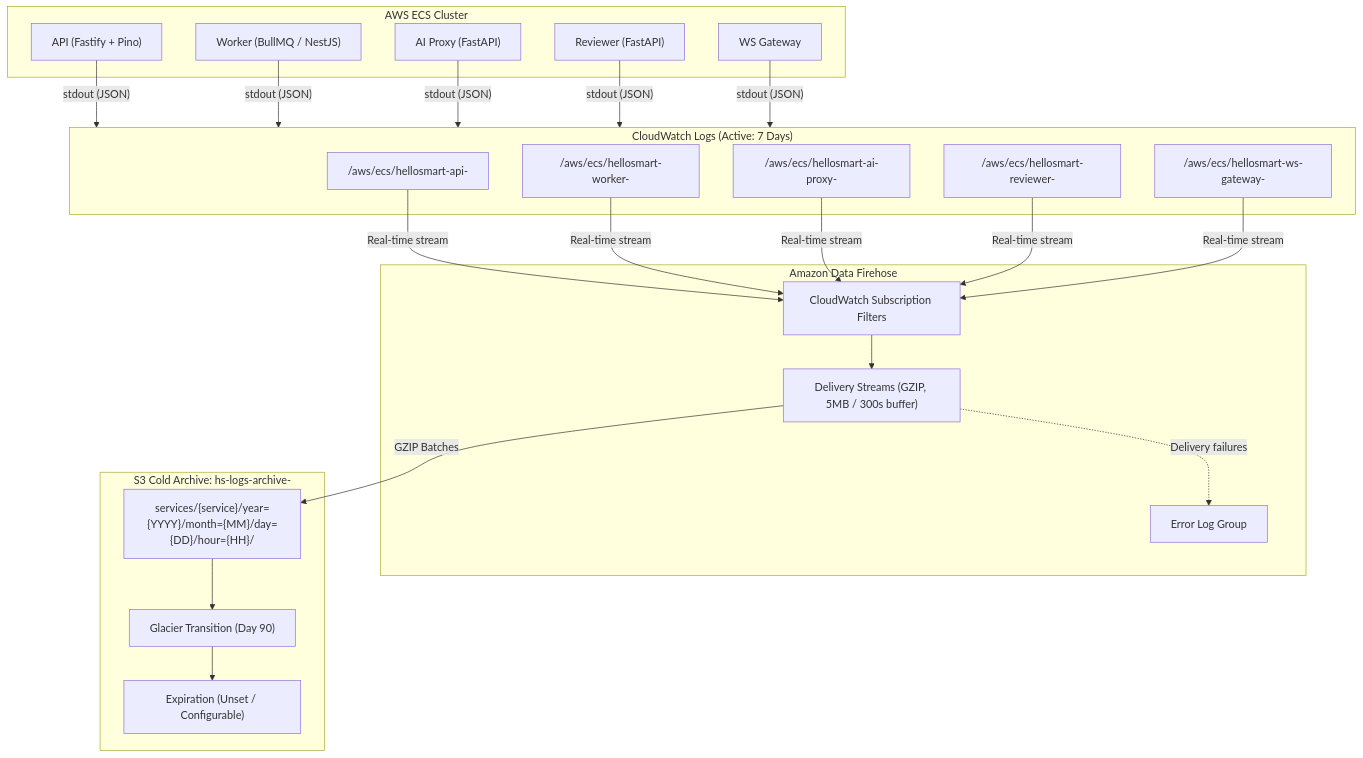
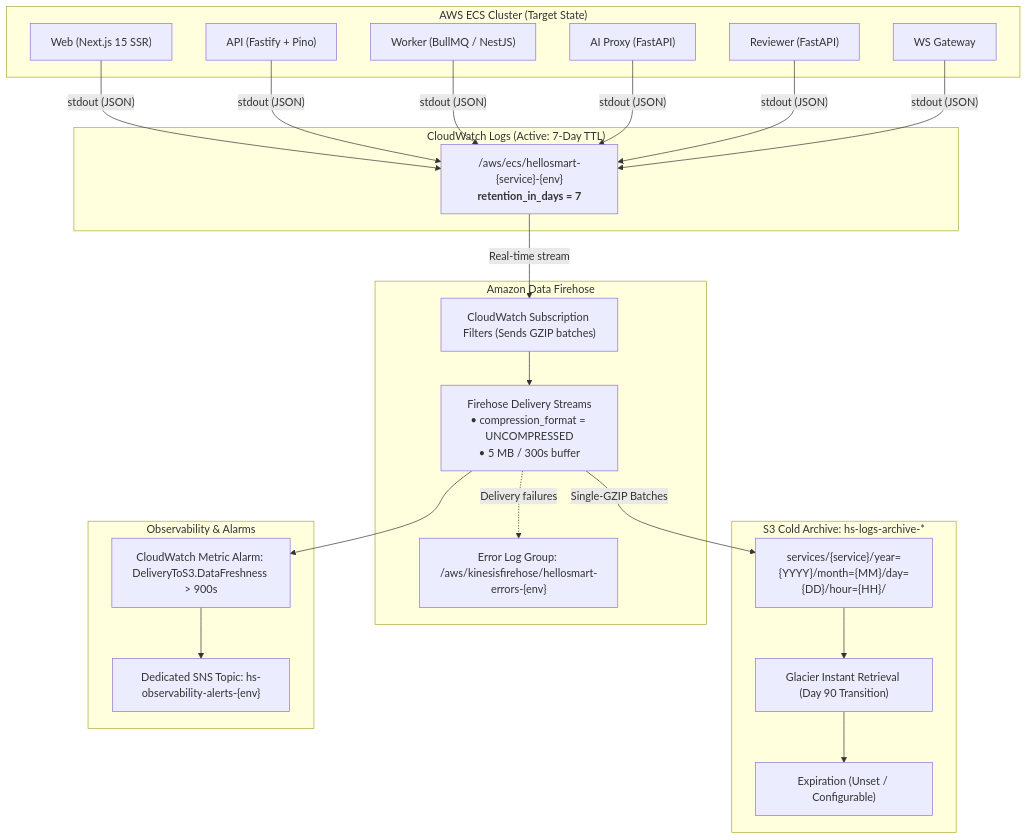
Before and after one commit to infinitica-org/hellosmart: the diagram in docs/log-retention-and-archival.md, drawn with Mermaid. The commit also changed other lines of this file and 11 other files, not shown here.

First line of the commit message:
fix(infra): address observability and log archival review findings

````diff
--- a/docs/log-retention-and-archival.md
+++ b/docs/log-retention-and-archival.md
@@ -24,38 +34,41 @@
 ```mermaid
 flowchart TD
-  subgraph ECS["AWS ECS Cluster"]
-    A["API (Fastify + Pino)"]
-    W["Worker (BullMQ / NestJS)"]
-    P["AI Proxy (FastAPI)"]
-    R["Reviewer (FastAPI)"]
-    G["WS Gateway"]
+  subgraph ECS["AWS ECS Cluster (Target State)"]
+    WEB["Web (Next.js 15 SSR)"]
+    API["API (Fastify + Pino)"]
+    WRK["Worker (BullMQ / NestJS)"]
+    PRX["AI Proxy (FastAPI)"]
+    REV["Reviewer (FastAPI)"]
+    WSG["WS Gateway"]
   end
 
-  subgraph CW["CloudWatch Logs (Active: 7 Days)"]
-    LG_A["/aws/ecs/hellosmart-api-<env>"]
-    LG_W["/aws/ecs/hellosmart-worker-<env>"]
-    LG_P["/aws/ecs/hellosmart-ai-proxy-<env>"]
-    LG_R["/aws/ecs/hellosmart-reviewer-<env>"]
-    LG_G["/aws/ecs/hellosmart-ws-gateway-<env>"]
+  subgraph CW["CloudWatch Logs (Active: 7-Day TTL)"]
+    LG["/aws/ecs/hellosmart-{service}-{env}<br/><b>retention_in_days = 7</b>"]
   end
 
   subgraph FH["Amazon Data Firehose"]
-    SF["CloudWatch Subscription Filters"]
-    DS["Delivery Streams (GZIP, 5MB / 300s buffer)"]
-    ERR["Error Log Group"]
+    SF["CloudWatch Subscription Filters (Sends GZIP batches)"]
+    DS["Firehose Delivery Streams<br/>• compression_format = UNCOMPRESSED<br/>• 5 MB / 300s buffer"]
+    ERR["Error Log Group: /aws/kinesisfirehose/hellosmart-errors-{env}"]
   end
 
-  subgraph S3["S3 Cold Archive: hs-logs-archive-<env>"]
+  subgraph S3["S3 Cold Archive: hs-logs-archive-*"]
     PART["services/{service}/year={YYYY}/month={MM}/day={DD}/hour={HH}/"]
-    GLACIER["Glacier Transition (Day 90)"]
+    GLACIER["Glacier Instant Retrieval (Day 90 Transition)"]
     EXPIRATION["Expiration (Unset / Configurable)"]
   end
 
-  A & W & P & R & G -->|"stdout (JSON)"| CW
-  LG_A & LG_W & LG_P & LG_R & LG_G -->|"Real-time stream"| SF
+  subgraph MON["Observability & Alarms"]
+    ALARM["CloudWatch Metric Alarm: DeliveryToS3.DataFreshness > 900s"]
+    SNS["Dedicated SNS Topic: hs-observability-alerts-{env}"]
+  end
+
+  WEB & API & WRK & PRX & REV & WSG -->|"stdout (JSON)"| LG
+  LG -->|"Real-time stream"| SF
   SF --> DS
-  DS -->|"GZIP Batches"| PART
+  DS -->|"Single-GZIP Batches"| PART
   DS -.->|"Delivery failures"| ERR
   PART --> GLACIER
   GLACIER --> EXPIRATION
+  DS --> ALARM --> SNS
 ```
````
